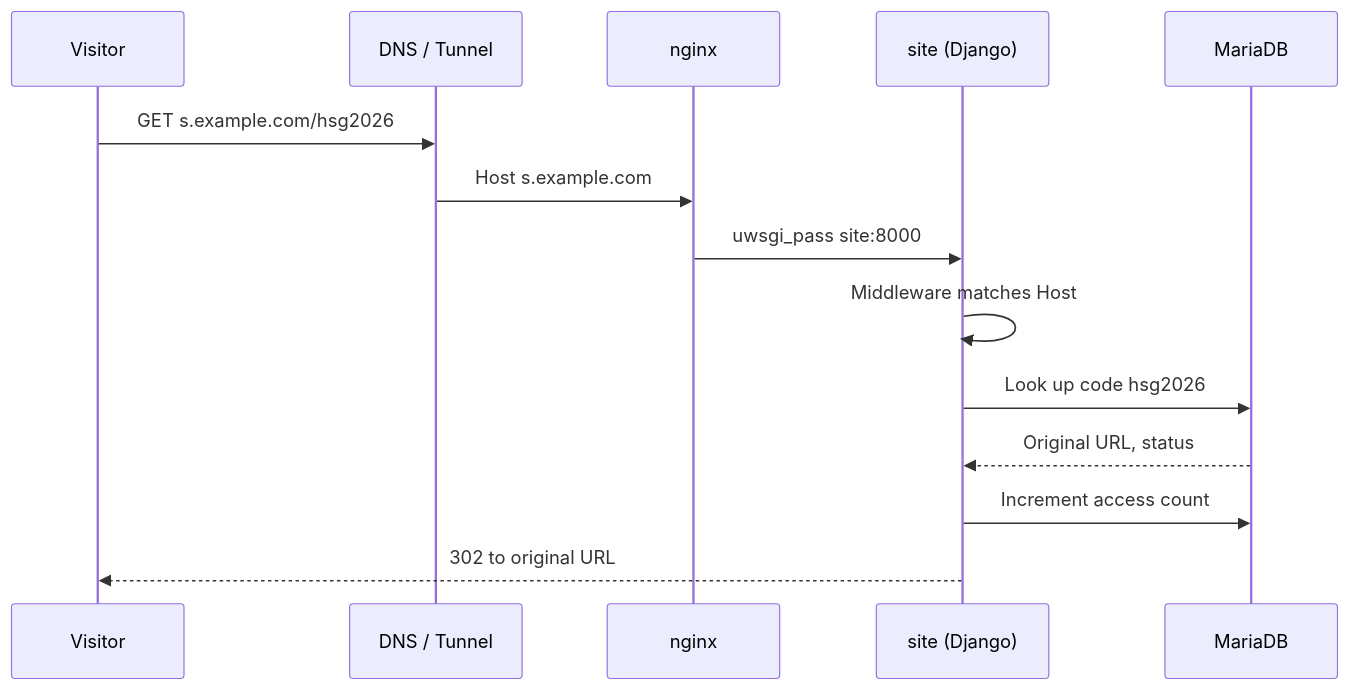
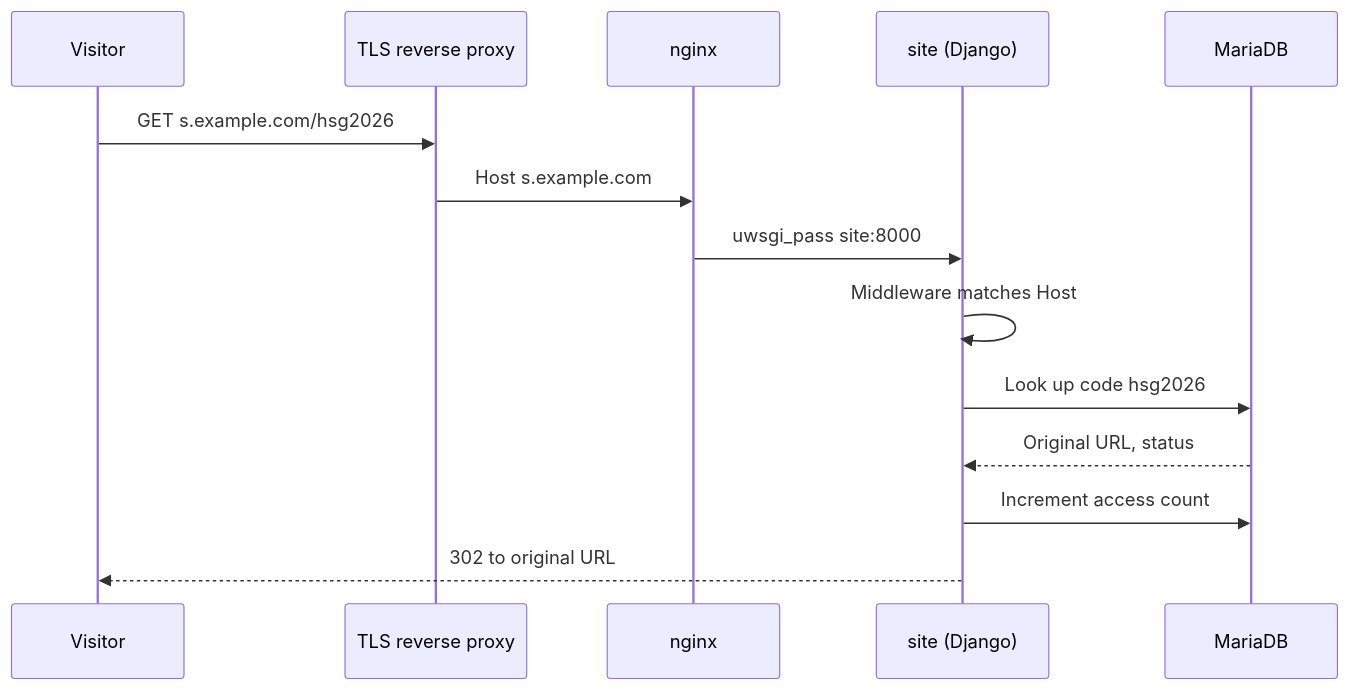
The first of 2 diagrams in src/en/admin/url-shortener.md (luyencode/docs), drawn with Mermaid before and after one commit. The commit also changed other lines of this file and 70 other files, not shown here.

````diff
--- a/src/en/admin/url-shortener.md
+++ b/src/en/admin/url-shortener.md
@@ -25,16 +25,16 @@
 ```mermaid
 sequenceDiagram
     participant V as Visitor
-    participant CF as DNS / Tunnel
+    participant P as TLS reverse proxy
     participant N as nginx
     participant S as site (Django)
     participant DB as MariaDB
-    V->>CF: GET s.example.com/hsg2026
-    CF->>N: Host s.example.com
+    V->>P: GET s.example.com/hsg2026
+    P->>N: Host s.example.com
     N->>S: uwsgi_pass site:8000
     S->>S: Middleware matches Host
     S->>DB: Look up code hsg2026
     DB-->>S: Original URL, status
     S->>DB: Increment access count
     S-->>V: 302 to original URL
 ```
````
